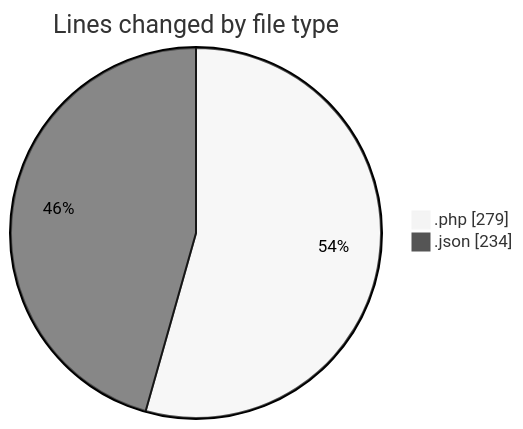
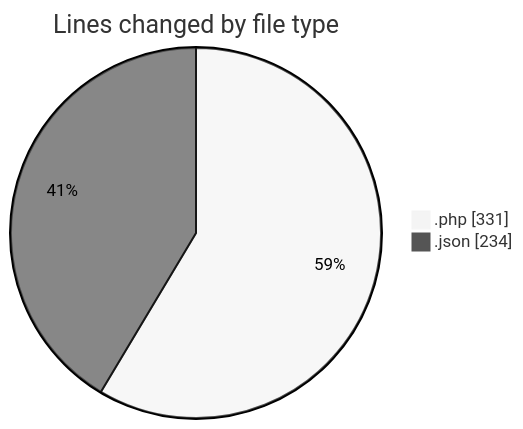
The first of 2 diagrams in 2025-04-19/autodidak/README.md (idhammustaqopulfikri/code-tracking), drawn with Mermaid (neutral theme) before and after one commit. The commit also changed other lines of this file and 1 other file, not shown here.

````diff
--- a/2025-04-19/autodidak/README.md
+++ b/2025-04-19/autodidak/README.md
@@ -25,6 +27,6 @@
 ```mermaid
 pie showData
 title Lines changed by file type
-".php" : 279
+".php" : 331
 ".json" : 234
 ```
````
